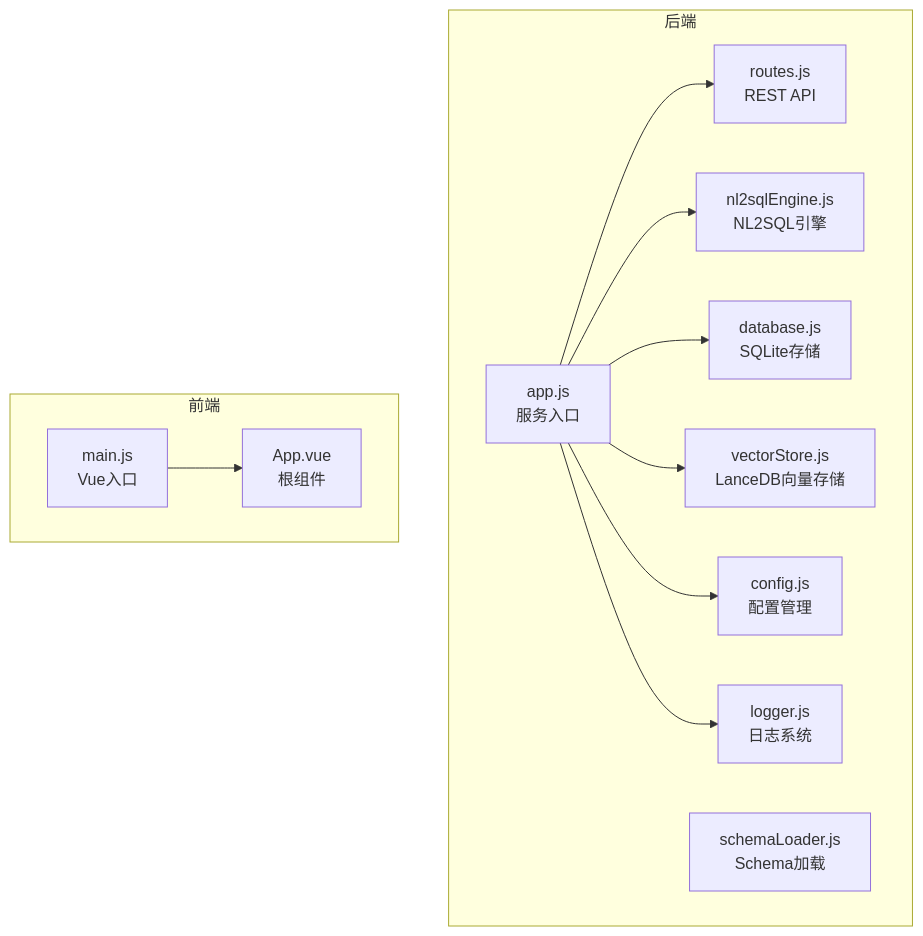
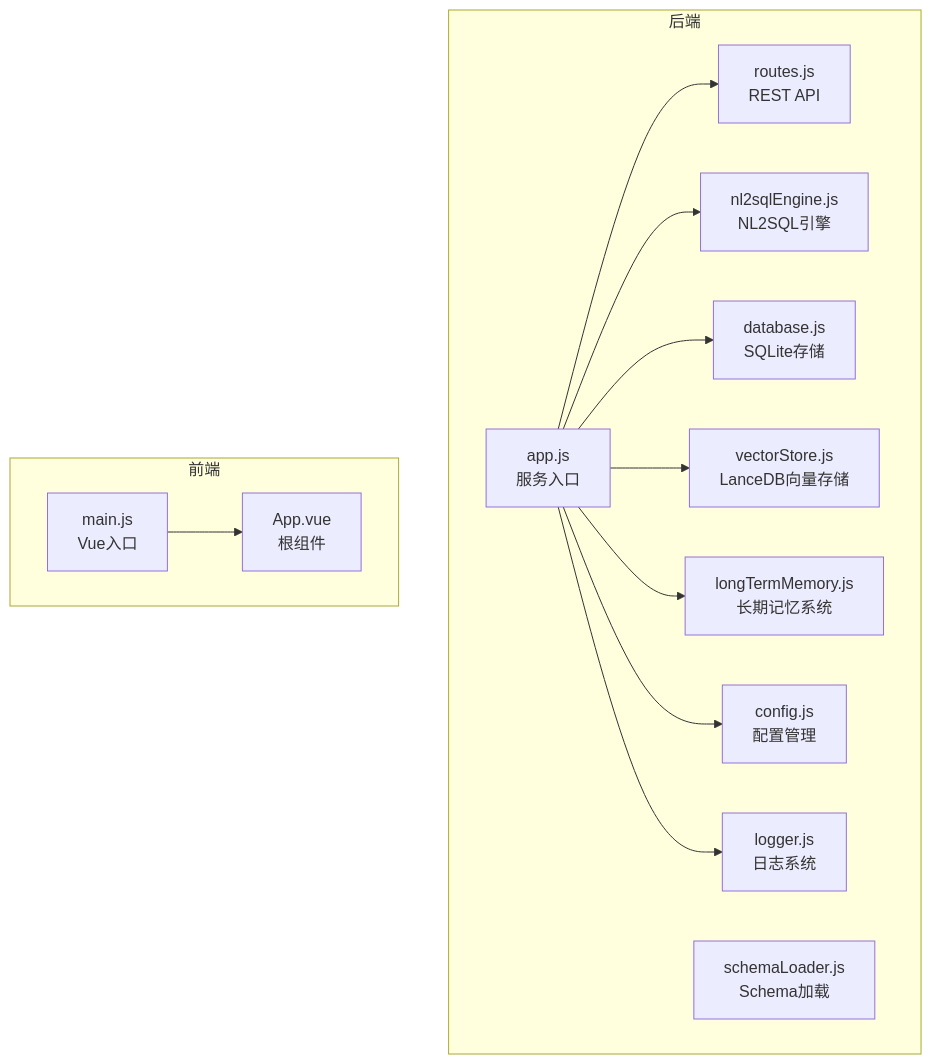
One commit to HanHuiOnLine/724-office changed the first of 10 diagrams in .qoder/repowiki/zh/content/项目概述/NL2SQL-进度追踪.md. Above: the diagram before and after it, drawn with Mermaid. The commit also changed other lines of this file and 15 other files, not shown here.

````diff
--- a/.qoder/repowiki/zh/content/项目概述/NL2SQL-进度追踪.md
+++ b/.qoder/repowiki/zh/content/项目概述/NL2SQL-进度追踪.md
@@ -42,24 +51,26 @@
 ```mermaid
 graph TB
 subgraph "后端"
 APP["app.js<br/>服务入口"]
 ROUTES["routes.js<br/>REST API"]
 ENGINE["nl2sqlEngine.js<br/>NL2SQL引擎"]
 SCHEMA["schemaLoader.js<br/>Schema加载"]
 DB["database.js<br/>SQLite存储"]
 VEC["vectorStore.js<br/>LanceDB向量存储"]
+LTM["longTermMemory.js<br/>长期记忆系统"]
 CFG["config.js<br/>配置管理"]
 LOG["logger.js<br/>日志系统"]
 end
 subgraph "前端"
 MAIN["main.js<br/>Vue入口"]
 APPVUE["App.vue<br/>根组件"]
 end
 APP --> ROUTES
 APP --> ENGINE
 APP --> DB
 APP --> VEC
+APP --> LTM
 APP --> CFG
 APP --> LOG
 MAIN --> APPVUE
 ```
````
